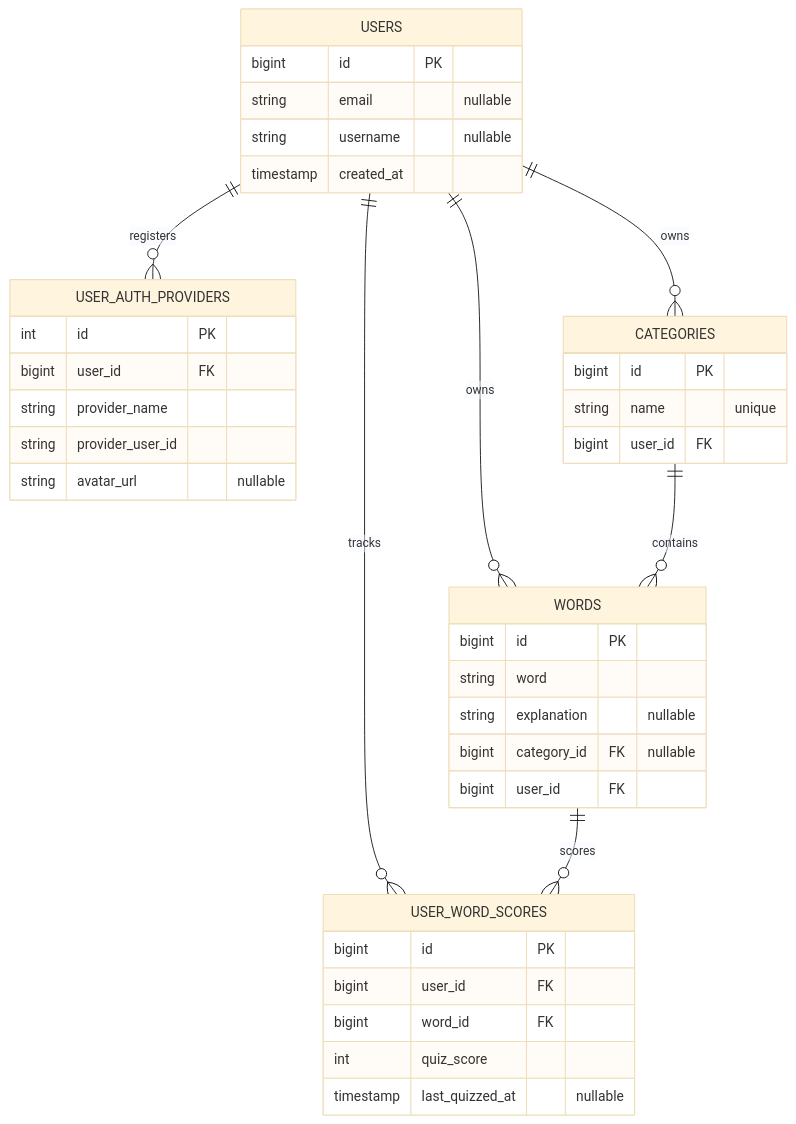
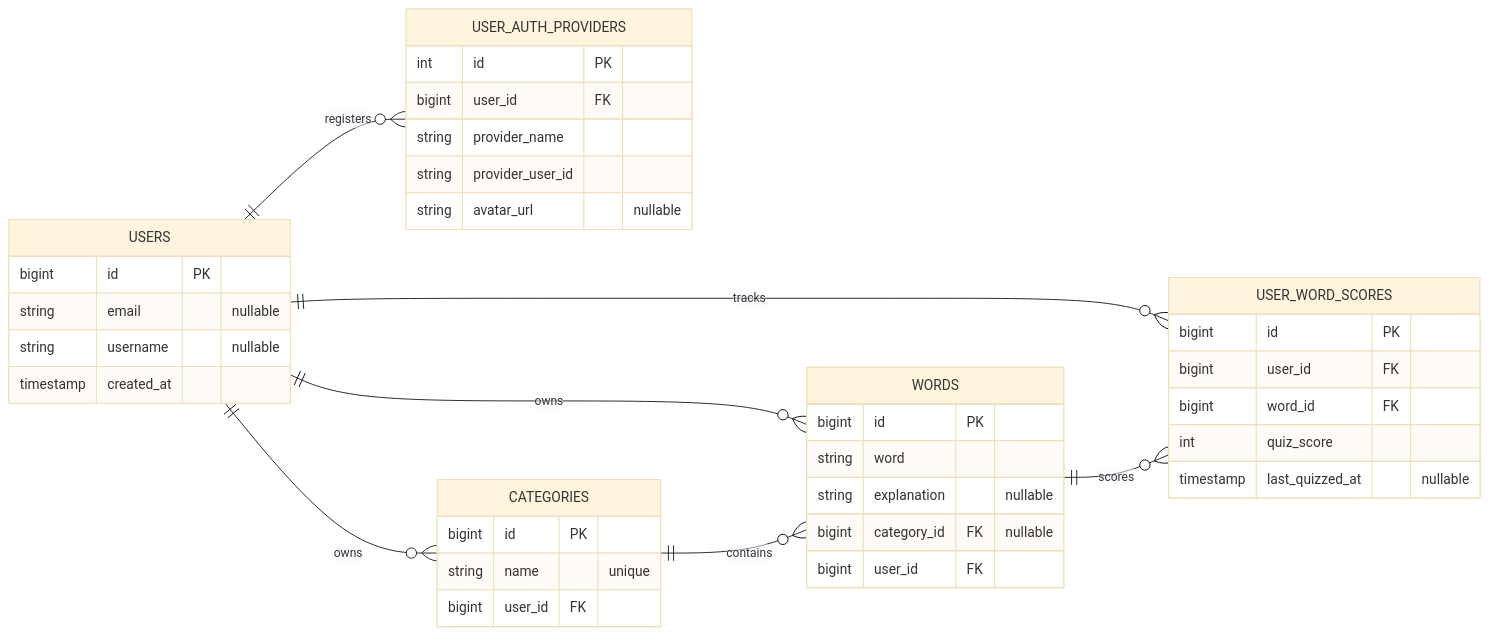
One commit to taltech-vanemarendajaks/team-01-glossaar changed the diagram in db_schema.mermaid. Above: the diagram before and after it, drawn with Mermaid (base theme). The commit also changed 2 other files, not shown here.

```diff
--- a/db_schema.mermaid
+++ b/db_schema.mermaid
@@ -1,57 +1,46 @@
 erDiagram
+    direction LR
+
     USERS ||--o{ USER_AUTH_PROVIDERS : registers
     USERS ||--o{ USER_WORD_SCORES : tracks
     USERS ||--o{ WORDS : owns
     USERS ||--o{ CATEGORIES : owns
     CATEGORIES ||--o{ WORDS : contains
-    %% WORDS ||--o{ QUIZ_WORDS : "included in"
-    %% QUIZZES ||--o{ QUIZ_WORDS : has
     WORDS ||--o{ USER_WORD_SCORES : scores
 
     USERS {
         bigint id PK
         string email "nullable"
         string username "nullable"
         timestamp created_at
     }
 
     USER_AUTH_PROVIDERS {
         int id PK
         bigint user_id FK
         string provider_name
         string provider_user_id
         string avatar_url "nullable"
     }
 
     CATEGORIES {
         bigint id PK
         string name "unique"
         bigint user_id FK
     }
 
     WORDS {
         bigint id PK
         string word
         string explanation "nullable"
         bigint category_id FK "nullable"
         bigint user_id FK
     }
 
-    %% QUIZZES {
-    %%     bigint id PK
-    %%     string title
-    %%     timestamp created_at
-    %% }
-
-    %% QUIZ_WORDS {
-    %%     bigint quiz_id FK
-    %%     bigint word_id FK
-    %% }
-
     USER_WORD_SCORES {
         bigint id PK
         bigint user_id FK
         bigint word_id FK
         int quiz_score
         timestamp last_quizzed_at "nullable"
     }
```
